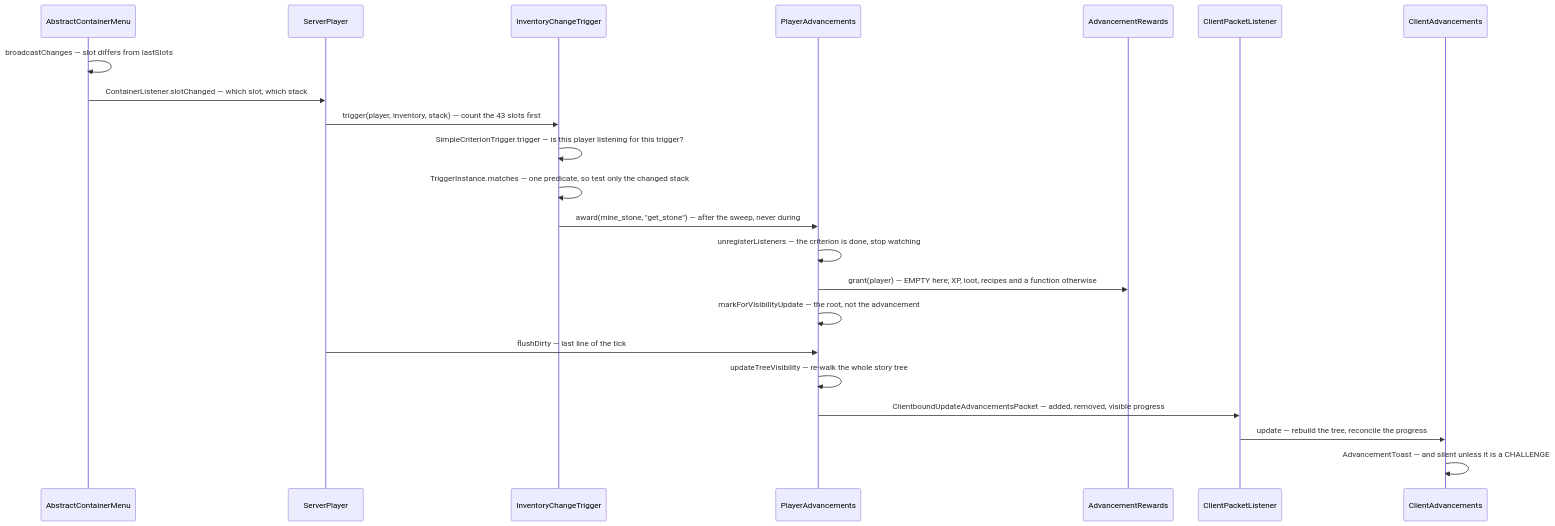
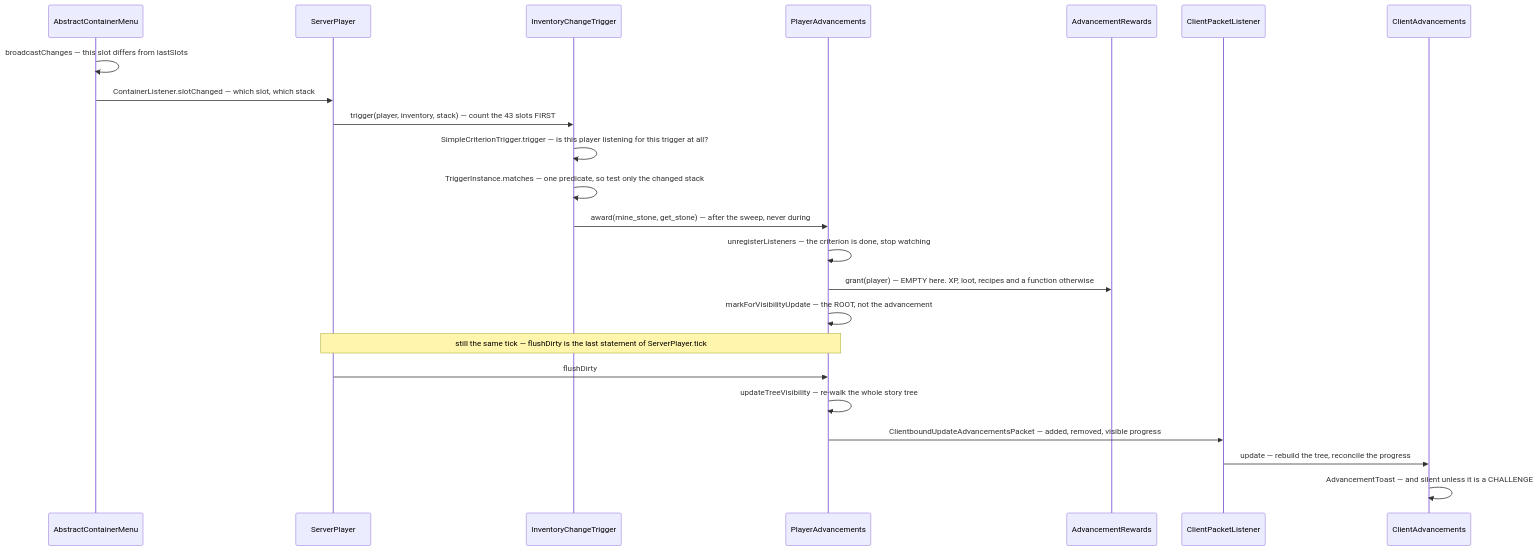
Before and after one commit to AlexanderjFraser/MinecraftDocs: the diagram in src/systems/commands/advancements.md, drawn with Mermaid. The commit also changed other lines of this file and 23 other files, not shown here.

````diff
--- a/src/systems/commands/advancements.md
+++ b/src/systems/commands/advancements.md
@@ -183,25 +54,26 @@
 ```mermaid
 sequenceDiagram
-    participant M as AbstractContainerMenu
+    participant ACM as AbstractContainerMenu
     participant SP as ServerPlayer
-    participant T as InventoryChangeTrigger
+    participant ICT as InventoryChangeTrigger
     participant PA as PlayerAdvancements
-    participant R as AdvancementRewards
+    participant AR as AdvancementRewards
     participant CPL as ClientPacketListener
-    participant CA as ClientAdvancements
+    participant CAdv as ClientAdvancements
 
-    M->>M: broadcastChanges — slot differs from lastSlots
-    M->>SP: ContainerListener.slotChanged — which slot, which stack
-    SP->>T: trigger(player, inventory, stack) — count the 43 slots first
-    T->>T: SimpleCriterionTrigger.trigger — is this player listening for this trigger?
-    T->>T: TriggerInstance.matches — one predicate, so test only the changed stack
-    T->>PA: award(mine_stone, "get_stone") — after the sweep, never during
+    ACM->>ACM: broadcastChanges — this slot differs from lastSlots
+    ACM->>SP: ContainerListener.slotChanged — which slot, which stack
+    SP->>ICT: trigger(player, inventory, stack) — count the 43 slots FIRST
+    ICT->>ICT: SimpleCriterionTrigger.trigger — is this player listening for this trigger at all?
+    ICT->>ICT: TriggerInstance.matches — one predicate, so test only the changed stack
+    ICT->>PA: award(mine_stone, get_stone) — after the sweep, never during
     PA->>PA: unregisterListeners — the criterion is done, stop watching
-    PA->>R: grant(player) — EMPTY here#59; XP, loot, recipes and a function otherwise
-    PA->>PA: markForVisibilityUpdate — the root, not the advancement
-    SP->>PA: flushDirty — last line of the tick
+    PA->>AR: grant(player) — EMPTY here. XP, loot, recipes and a function otherwise
+    PA->>PA: markForVisibilityUpdate — the ROOT, not the advancement
+    Note over SP,PA: still the same tick — flushDirty is the last statement of ServerPlayer.tick
+    SP->>PA: flushDirty
     PA->>PA: updateTreeVisibility — re-walk the whole story tree
     PA->>CPL: ClientboundUpdateAdvancementsPacket — added, removed, visible progress
-    CPL->>CA: update — rebuild the tree, reconcile the progress
-    CA->>CA: AdvancementToast — and silent unless it is a CHALLENGE
+    CPL->>CAdv: update — rebuild the tree, reconcile the progress
+    CAdv->>CAdv: AdvancementToast — and silent unless it is a CHALLENGE
 ```
````
